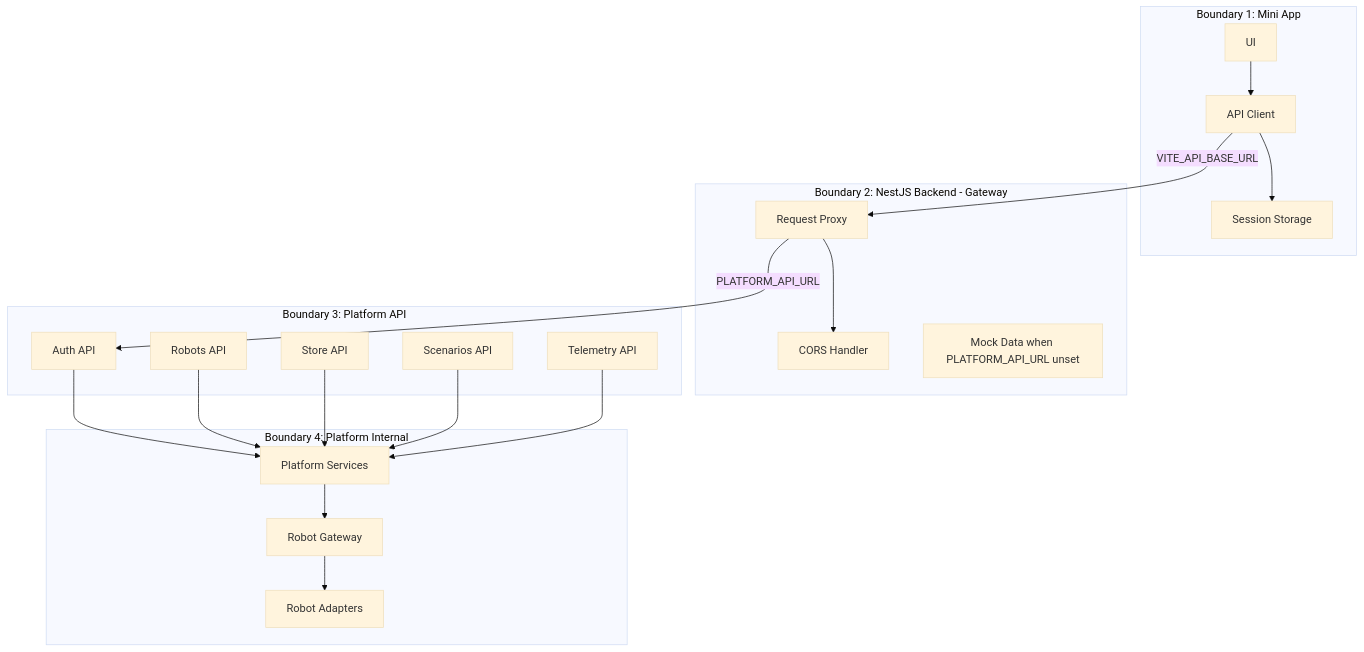
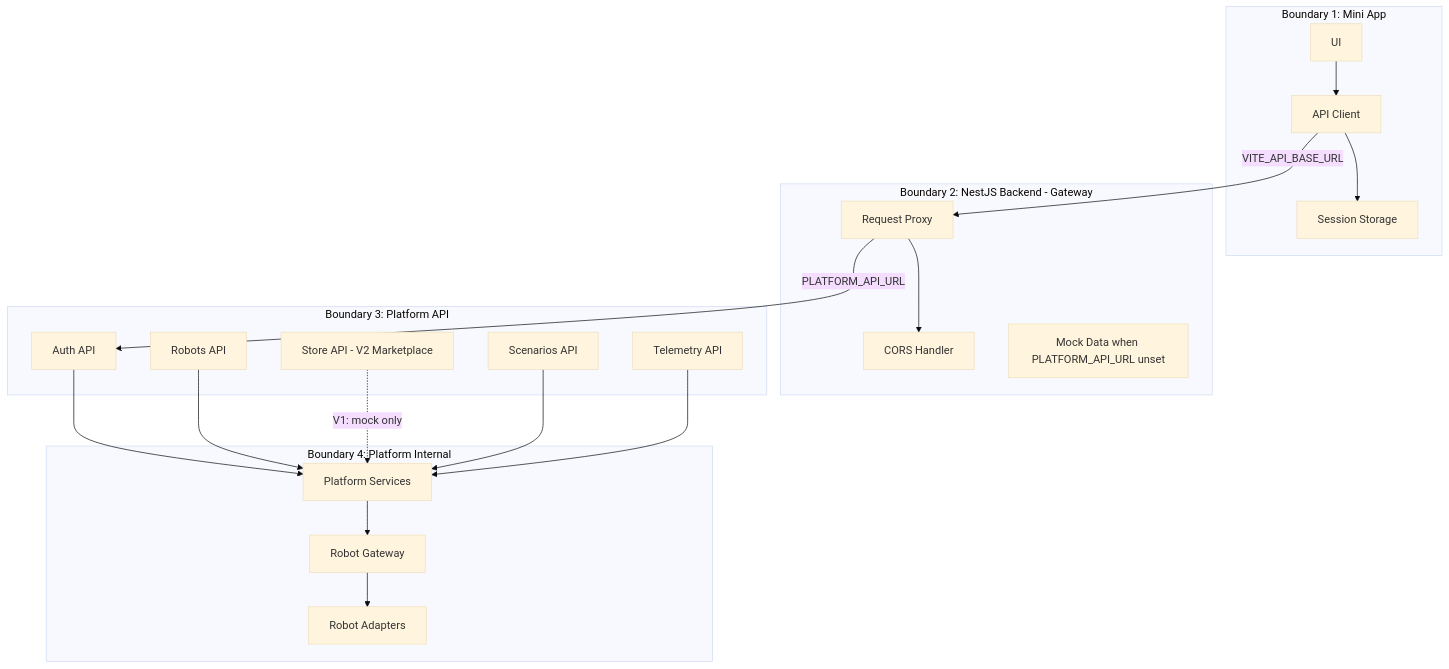
One commit to Saitosar/sai-aurosy-telegram-mini-app changed the first of 5 diagrams in docs/architecture/integration-with-sai-platform.md. Above: the diagram before and after it, drawn with Mermaid (base theme). The commit also changed other lines of this file and 12 other files, not shown here.

Commit message:
Update documentation to clarify Store API status and integration details. Specify that V1 uses a mock store, while V2 will implement the Store API. Adjust references across multiple files to reflect these changes and improve clarity on platform interactions.

````diff
--- a/docs/architecture/integration-with-sai-platform.md
+++ b/docs/architecture/integration-with-sai-platform.md
@@ -13,41 +13,41 @@
 ```mermaid
 flowchart TB
     subgraph Boundary1 [Boundary 1: Mini App]
         MiniAppUI[UI]
         ApiClient[API Client]
         Session[Session Storage]
     end
 
     subgraph Boundary2 [Boundary 2: NestJS Backend - Gateway]
         GatewayProxy[Request Proxy]
         CORS[CORS Handler]
         MockData[Mock Data when PLATFORM_API_URL unset]
     end
 
     subgraph Boundary3 [Boundary 3: Platform API]
         AuthAPI[Auth API]
         RobotsAPI[Robots API]
-        StoreAPI[Store API]
+        StoreAPI[Store API - V2 Marketplace]
         ScenariosAPI[Scenarios API]
         TelemetryAPI[Telemetry API]
     end
 
     subgraph Boundary4 [Boundary 4: Platform Internal]
         PlatformServices[Platform Services]
         RobotGateway[Robot Gateway]
         RobotAdapters[Robot Adapters]
     end
 
     MiniAppUI --> ApiClient
     ApiClient --> Session
     ApiClient -->|"VITE_API_BASE_URL"| GatewayProxy
     GatewayProxy --> CORS
     GatewayProxy -->|"PLATFORM_API_URL"| AuthAPI
     AuthAPI --> PlatformServices
     RobotsAPI --> PlatformServices
-    StoreAPI --> PlatformServices
+    StoreAPI -.->|"V1: mock only"| PlatformServices
     ScenariosAPI --> PlatformServices
     TelemetryAPI --> PlatformServices
     PlatformServices --> RobotGateway
     RobotGateway --> RobotAdapters
 ```
````
